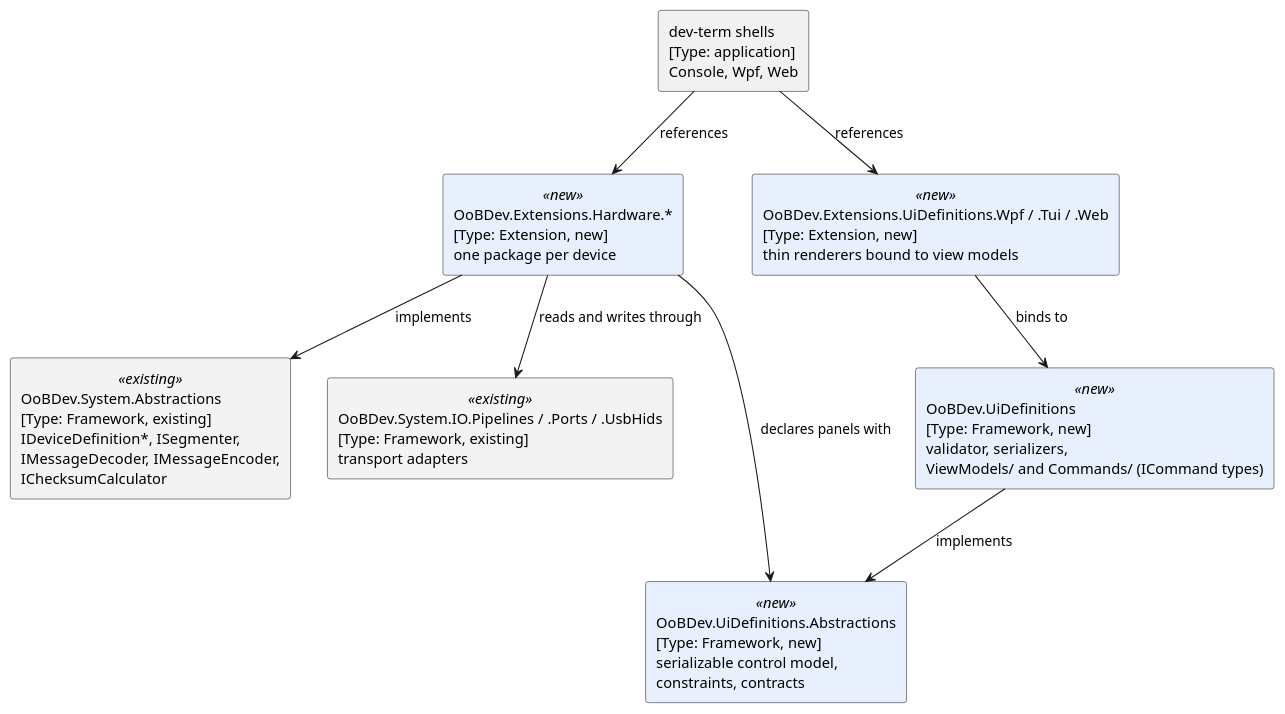
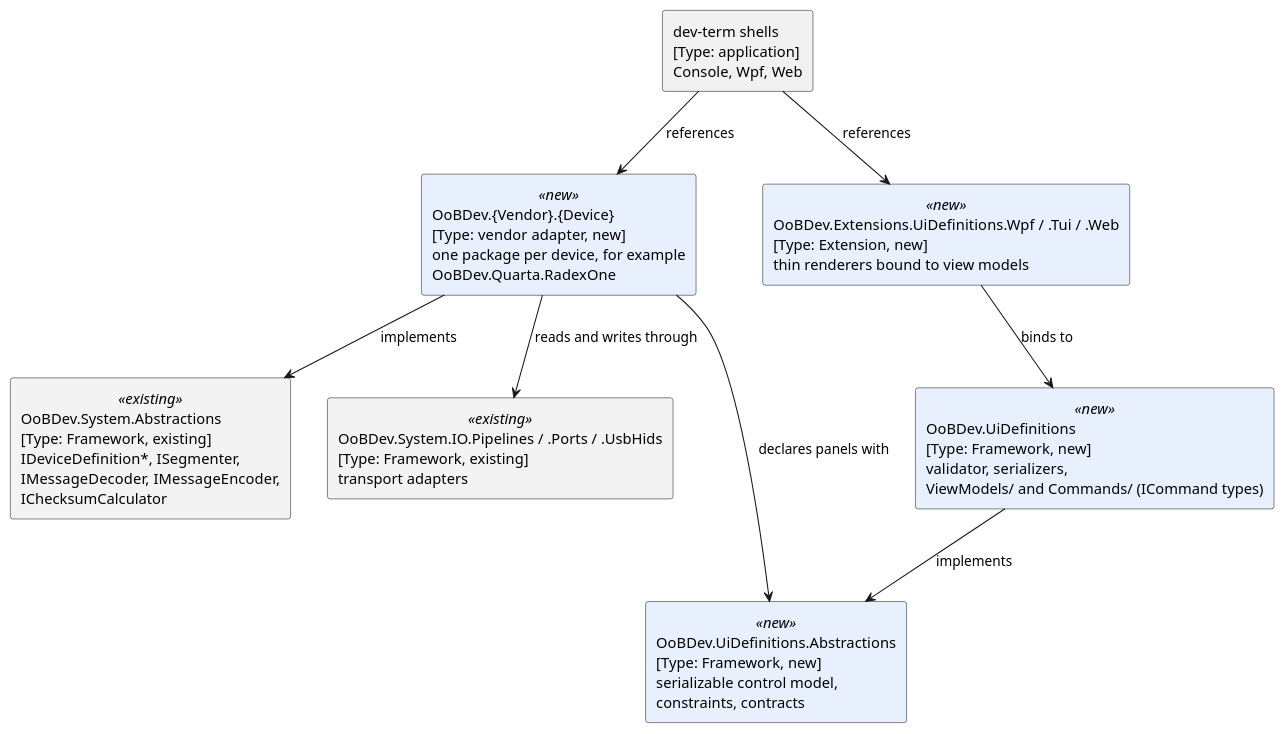
One commit to OutOfBandDevelopment/dotex changed the diagram in docs/migration/device-decoding-migration-plan.md. Above: the diagram before and after it, drawn with PlantUML. The commit also changed other lines of this file and 1 other file, not shown here.

Commit message:
Use vendor-style device names and the mine binary-data-decoders repo as the source

````diff
--- a/docs/migration/device-decoding-migration-plan.md
+++ b/docs/migration/device-decoding-migration-plan.md
@@ -65,22 +66,22 @@
 ```plantuml
 @startuml
 skinparam rectangle {
   BackgroundColor<<new>> #E8F0FE
   BackgroundColor<<existing>> #F3F3F3
 }
 rectangle "OoBDev.System.Abstractions\n[Type: Framework, existing]\nIDeviceDefinition*, ISegmenter,\nIMessageDecoder, IMessageEncoder,\nIChecksumCalculator" <<existing>> as Abs
 rectangle "OoBDev.System.IO.Pipelines / .Ports / .UsbHids\n[Type: Framework, existing]\ntransport adapters" <<existing>> as Io
-rectangle "OoBDev.Extensions.Hardware.*\n[Type: Extension, new]\none package per device" <<new>> as Dev
+rectangle "OoBDev.{Vendor}.{Device}\n[Type: vendor adapter, new]\none package per device, for example\nOoBDev.Quarta.RadexOne" <<new>> as Dev
 rectangle "OoBDev.UiDefinitions.Abstractions\n[Type: Framework, new]\nserializable control model,\nconstraints, contracts" <<new>> as Ui
 rectangle "OoBDev.UiDefinitions\n[Type: Framework, new]\nvalidator, serializers,\nViewModels/ and Commands/ (ICommand types)" <<new>> as Vm
 rectangle "OoBDev.Extensions.UiDefinitions.Wpf / .Tui / .Web\n[Type: Extension, new]\nthin renderers bound to view models" <<new>> as Rend
 rectangle "dev-term shells\n[Type: application]\nConsole, Wpf, Web" as App
 Dev --> Abs : implements
 Dev --> Io : reads and writes through
 Dev --> Ui : declares panels with
 Vm --> Ui : implements
 Rend --> Vm : binds to
 App --> Dev : references
 App --> Rend : references
 @enduml
 ```
````
